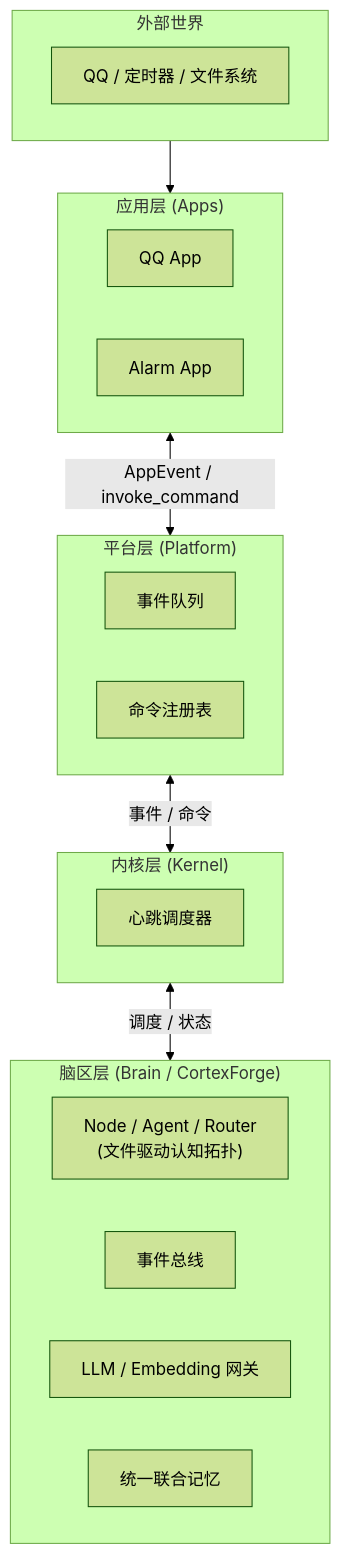
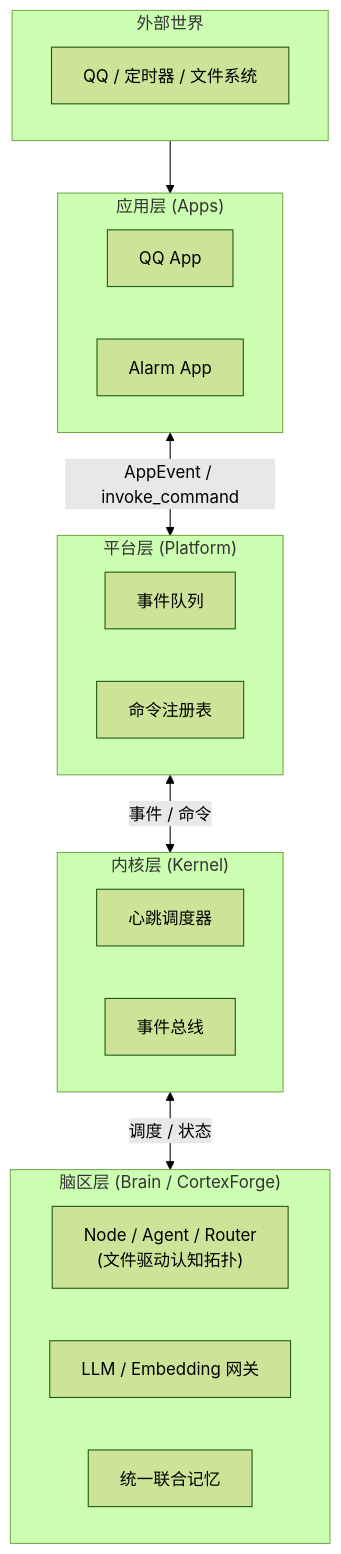
One commit to JuFireX/AuroraBot changed the diagram in docs/architecture/system-overview.md. Above: the diagram before and after it, drawn with Mermaid (forest theme). The commit also changed other lines of this file and 6 other files, not shown here.

````diff
--- a/docs/architecture/system-overview.md
+++ b/docs/architecture/system-overview.md
@@ -32,33 +22,33 @@
 ```mermaid
 flowchart TB
     subgraph OUTER["外部世界"]
         Adapters["QQ / 定时器 / 文件系统"]
     end
 
     subgraph APPS["应用层 (Apps)"]
         APP_QQ["QQ App"]
         APP_ALARM["Alarm App"]
     end
 
     subgraph PLATFORM["平台层 (Platform)"]
         EVENTS["事件队列"]
         CMDS["命令注册表"]
     end
 
     subgraph KERNEL["内核层 (Kernel)"]
         SCHEDULER["心跳调度器"]
+        EVENTBUS["事件总线"]
     end
 
     subgraph BRAIN["脑区层 (Brain / CortexForge)"]
         direction LR
         NODES["Node / Agent / Router\n(文件驱动认知拓扑)"]
-        EVENTBUS["事件总线"]
         GATEWAYS["LLM / Embedding 网关"]
         MEMORY["统一联合记忆"]
     end
 
     OUTER --> APPS
     APPS <-->|AppEvent / invoke_command| PLATFORM
     PLATFORM <-->|事件 / 命令| KERNEL
     KERNEL <-->|调度 / 状态| BRAIN
 ```
````
